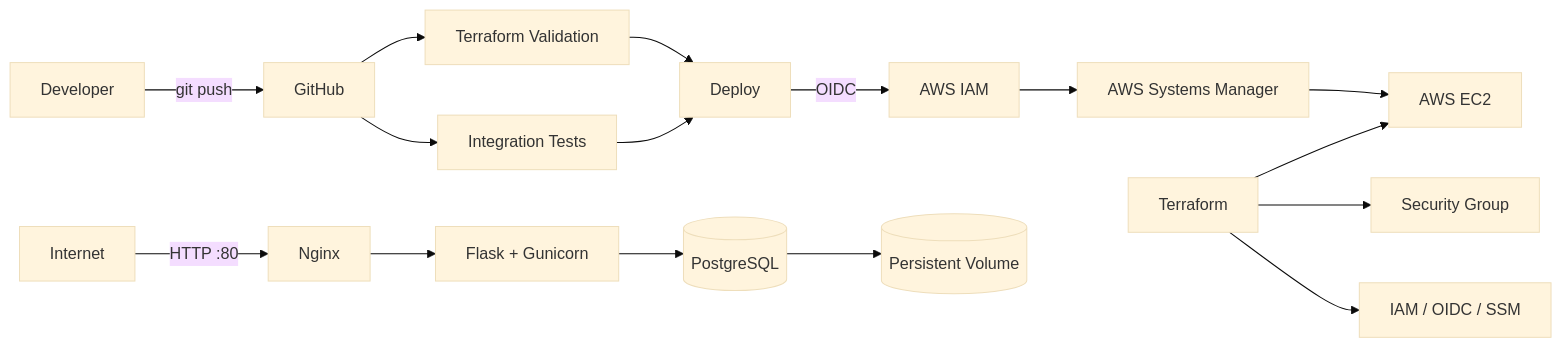
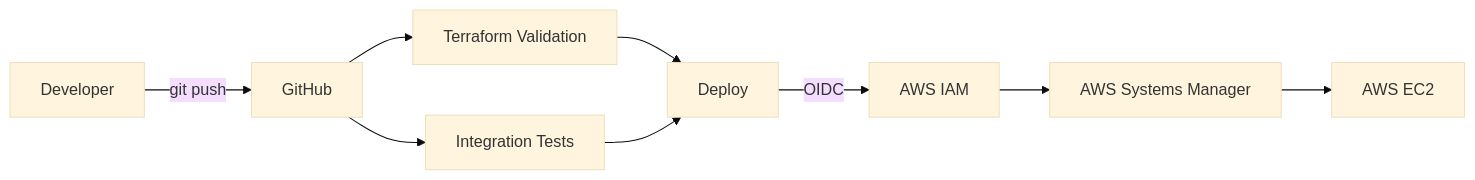
The second of 2 diagrams in README.md (kerolosghatas255-netizen/aws-docker-webapp), drawn with Mermaid (base theme) before and after one commit. The commit also changed other lines of this file, not shown here.

````diff
--- a/README.md
+++ b/README.md
@@ -7,23 +23,14 @@
 ```mermaid
 flowchart LR
     DEV[Developer] -->|git push| GH[GitHub]
 
     GH --> TF[Terraform Validation]
     GH --> TEST[Integration Tests]
 
     TF --> DEPLOY[Deploy]
     TEST --> DEPLOY
 
     DEPLOY -->|OIDC| IAM[AWS IAM]
     IAM --> SSM[AWS Systems Manager]
     SSM --> EC2[AWS EC2]
-
-    USER[Internet] -->|HTTP :80| NGINX[Nginx]
-    NGINX --> APP[Flask + Gunicorn]
-    APP --> DB[(PostgreSQL)]
-    DB --> VOL[(Persistent Volume)]
-
-    IAC[Terraform] --> EC2
-    IAC --> SG[Security Group]
-    IAC --> IAMRES[IAM / OIDC / SSM]
 ```
````
